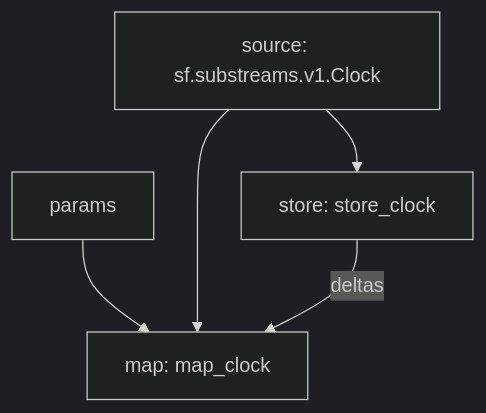
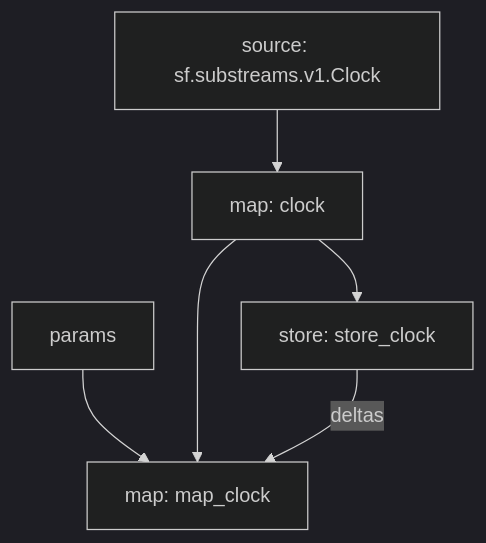
One commit to pinax-network/subgraphs changed the diagram in README.md. Above: the diagram before and after it, drawn with Mermaid (dark theme). The commit also changed other lines of this file and 3 other files, not shown here.

````diff
--- a/README.md
+++ b/README.md
@@ -26,9 +26,11 @@
 ```mermaid
 graph TD;
+  clock[map: clock];
+  sf.substreams.v1.Clock[source: sf.substreams.v1.Clock] --> clock;
   store_clock[store: store_clock];
-  sf.substreams.v1.Clock[source: sf.substreams.v1.Clock] --> store_clock;
+  clock --> store_clock;
   map_clock[map: map_clock];
   map_clock:params[params] --> map_clock;
-  sf.substreams.v1.Clock[source: sf.substreams.v1.Clock] --> map_clock;
+  clock --> map_clock;
   store_clock -- deltas --> map_clock;
 ```
````
